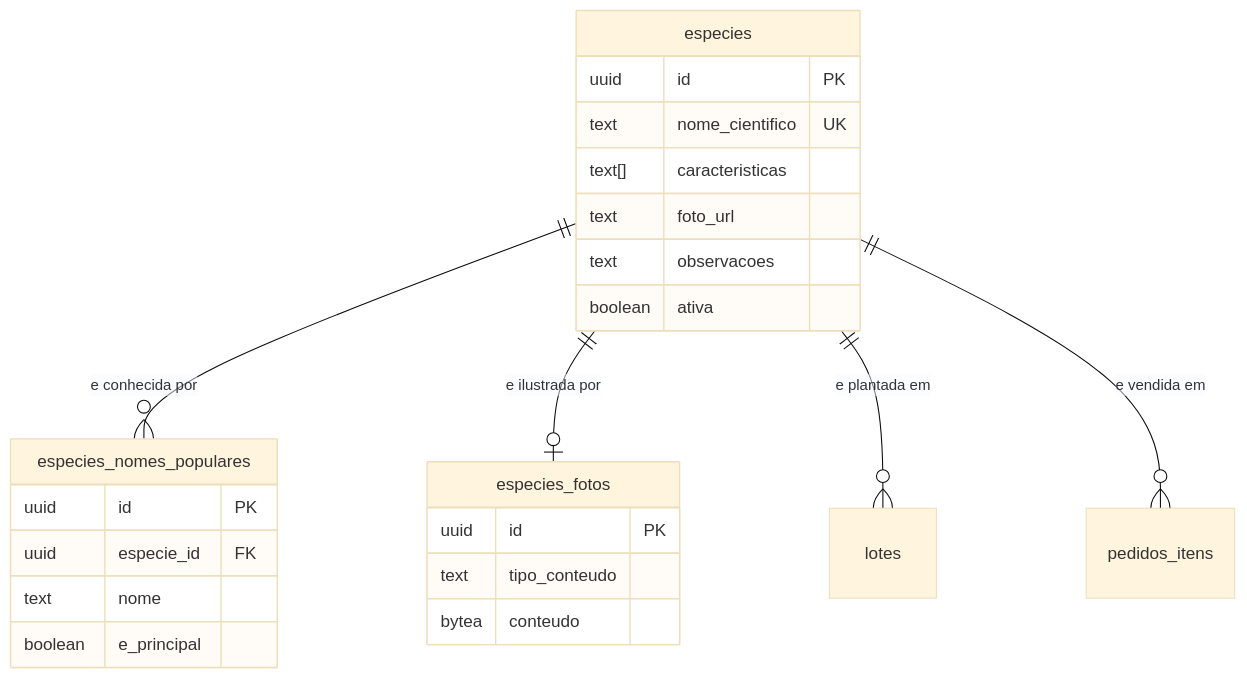
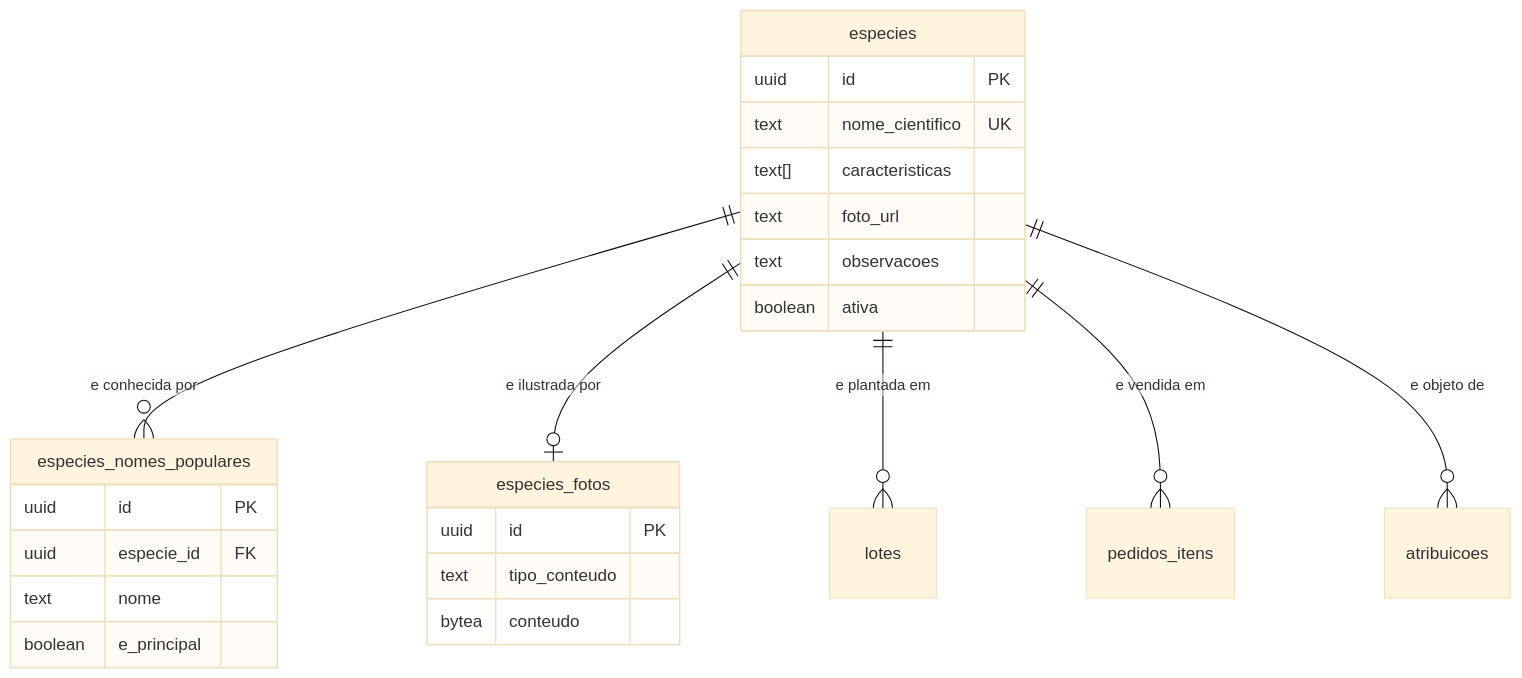
The diagram in docs/engenharia/modelo-dados-pt/mmd/fig09-cadastros-especie.mmd (JoaoMudar/tcc), drawn with Mermaid (base theme) before and after one commit. The commit also changed 19 other files, not shown here.

First line of the commit message:
fix(modelo-dados): alinha C8, C6 e as figuras ao schema real

```diff
--- a/docs/engenharia/modelo-dados-pt/mmd/fig09-cadastros-especie.mmd
+++ b/docs/engenharia/modelo-dados-pt/mmd/fig09-cadastros-especie.mmd
@@ -1,27 +1,29 @@
 erDiagram
   especies {
     uuid    id PK
     text    nome_cientifico UK
     text[]  caracteristicas
     text    foto_url
     text    observacoes
     boolean ativa
   }
   especies_nomes_populares {
     uuid    id PK
     uuid    especie_id FK
     text    nome
     boolean e_principal
   }
   especies_fotos {
     uuid  id PK
     text  tipo_conteudo
     bytea conteudo
   }
   lotes {}
   pedidos_itens {}
+  atribuicoes {}
 
   especies ||--o{ especies_nomes_populares : "e conhecida por"
   especies ||--o| especies_fotos           : "e ilustrada por"
   especies ||--o{ lotes                    : "e plantada em"
   especies ||--o{ pedidos_itens            : "e vendida em"
+  especies ||--o{ atribuicoes              : "e objeto de"
```
